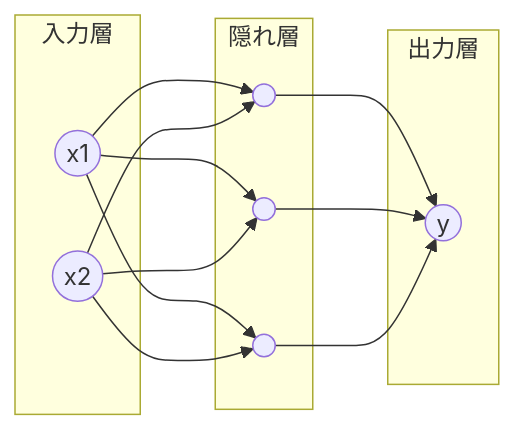
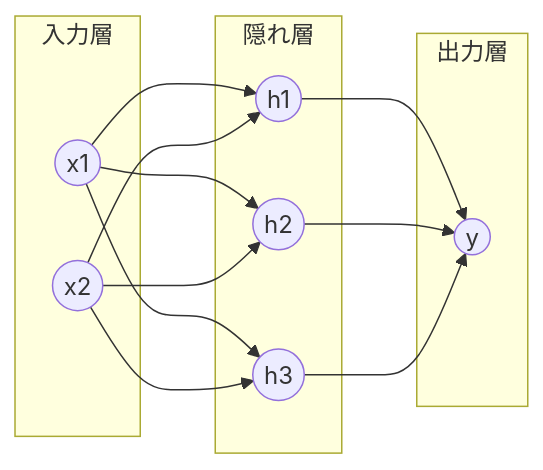
The third of 3 diagrams in docs/info/research/20260711_INFO_ML_01_perceptron-to-neural-network.md (TakahitoSuzukiii/public-openclaw-01), drawn with Mermaid before and after one commit. The commit also changed other lines of this file, not shown here.

Commit message:
fix(ml): Mermaid最大互換化② — \n→<br/>・ラベル引用符・subgraphタイトル引用符・空ノードにID付与

````diff
--- a/docs/info/research/20260711_INFO_ML_01_perceptron-to-neural-network.md
+++ b/docs/info/research/20260711_INFO_ML_01_perceptron-to-neural-network.md
@@ -66,18 +66,18 @@
 ```mermaid
 flowchart LR
-  subgraph 入力層
+  subgraph L1["入力層"]
     i1((x1))
     i2((x2))
   end
-  subgraph 隠れ層
-    h1(( ))
-    h2(( ))
-    h3(( ))
+  subgraph L2["隠れ層"]
+    h1(("h1"))
+    h2(("h2"))
+    h3(("h3"))
   end
-  subgraph 出力層
+  subgraph L3["出力層"]
     o1((y))
   end
   i1 --> h1 & h2 & h3
   i2 --> h1 & h2 & h3
   h1 & h2 & h3 --> o1
 ```
````
